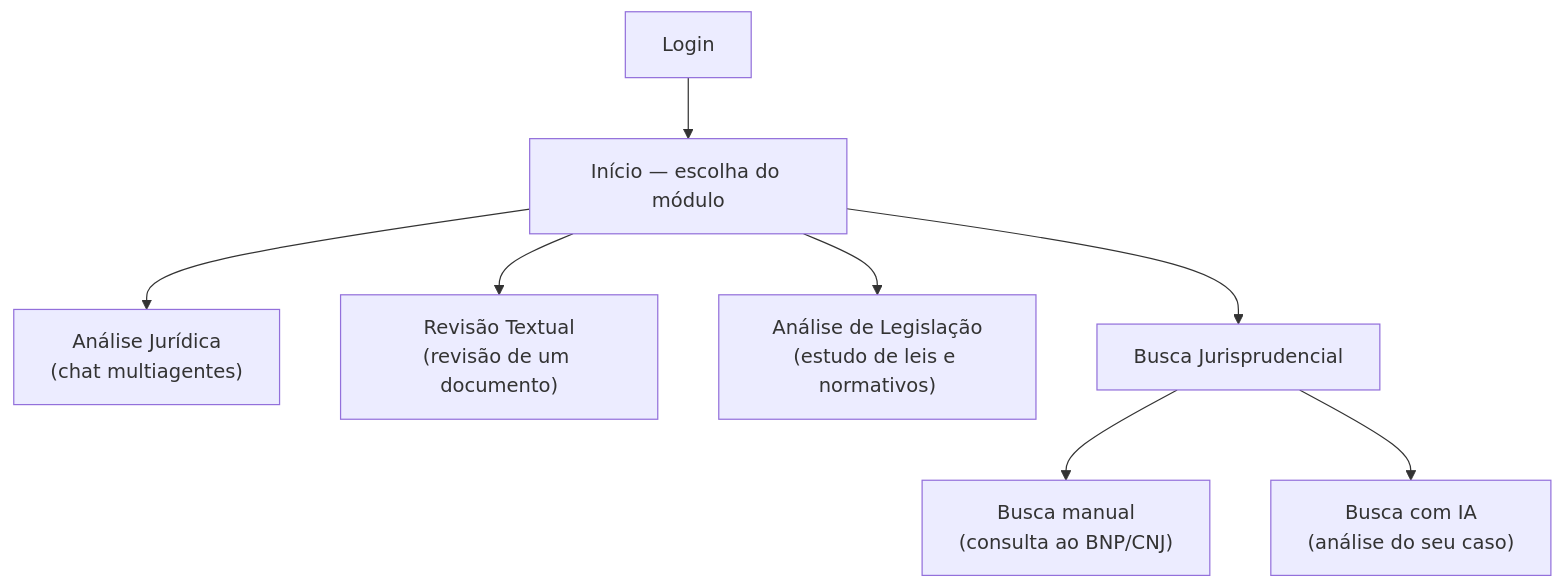
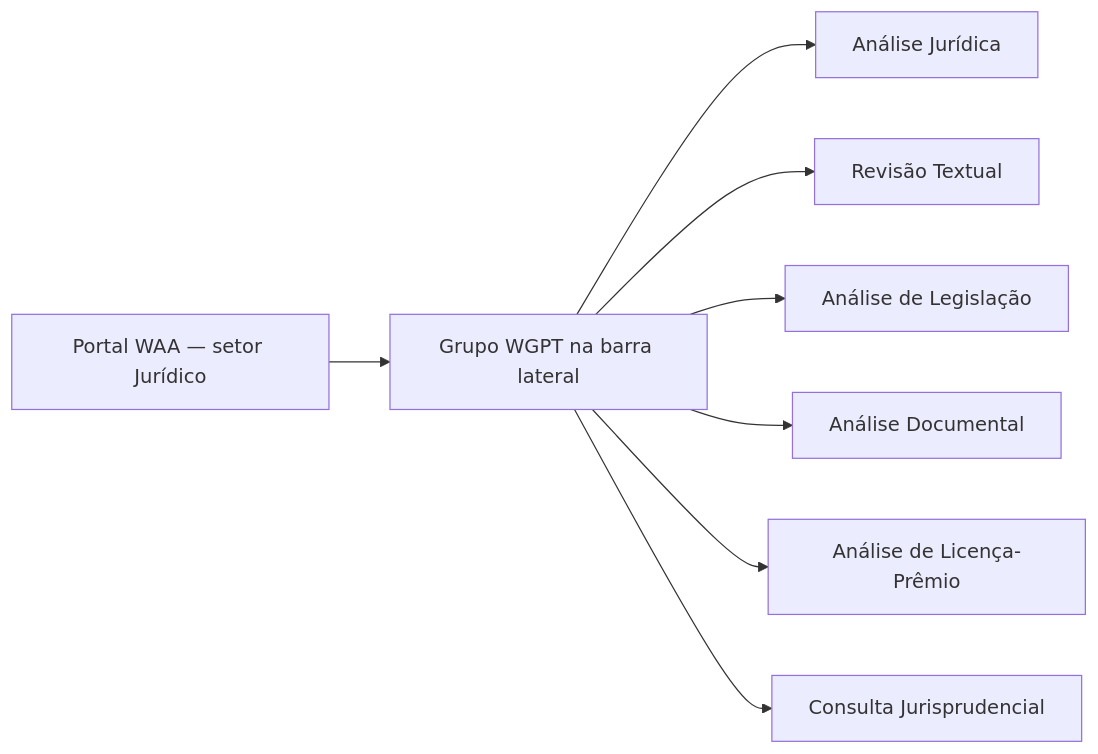
One commit to waacontroladoria/manuais-usuario changed the first of 3 diagrams in WGPT/README.md. Above: the diagram before and after it, drawn with Mermaid. The commit also changed other lines of this file and 6 other files, not shown here.

````diff
--- a/WGPT/README.md
+++ b/WGPT/README.md
@@ -11,10 +80,10 @@
 ```mermaid
-flowchart TD
-    A[Login] --> B[Início — escolha do módulo]
-    B --> C["Análise Jurídica<br/>(chat multiagentes)"]
-    B --> D["Revisão Textual<br/>(revisão de um documento)"]
-    B --> E["Análise de Legislação<br/>(estudo de leis e normativos)"]
-    B --> F["Busca Jurisprudencial"]
-    F --> F1["Busca manual<br/>(consulta ao BNP/CNJ)"]
-    F --> F2["Busca com IA<br/>(análise do seu caso)"]
+flowchart LR
+    P["Portal WAA — setor Jurídico"] --> W["Grupo WGPT na barra lateral"]
+    W --> A["Análise Jurídica"]
+    W --> R["Revisão Textual"]
+    W --> L["Análise de Legislação"]
+    W --> D["Análise Documental"]
+    W --> LP["Análise de Licença-Prêmio"]
+    W --> J["Consulta Jurisprudencial"]
 ```
````
